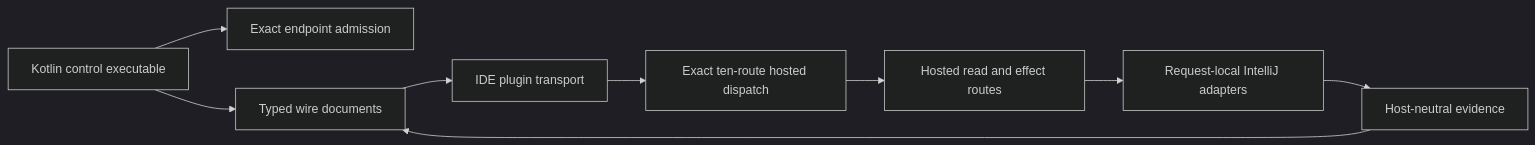
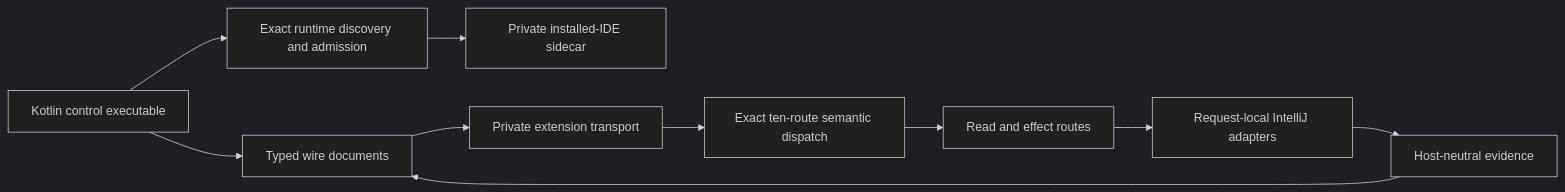
The second of 2 diagrams in docs/public/explanation/how-kast-works.mdx (amichne/kast), drawn with Mermaid (dark theme) before and after one commit. The commit also changed other lines of this file and 103 other files, not shown here.

First line of the commit message:
feat: add plugin-free IntelliJ sidecar

````diff
--- a/docs/public/explanation/how-kast-works.mdx
+++ b/docs/public/explanation/how-kast-works.mdx
@@ -129,11 +155,12 @@
     ```mermaid placement="top-right" actions={true}
     flowchart LR
-        CLI[Kotlin control executable] --> ADMIT[Exact endpoint admission]
+        CLI[Kotlin control executable] --> ADMIT[Exact runtime discovery and admission]
         CLI --> WIRE[Typed wire documents]
-        WIRE --> TRANSPORT[IDE plugin transport]
-        TRANSPORT --> DISPATCH[Exact ten-route hosted dispatch]
-        DISPATCH --> ROUTES[Hosted read and effect routes]
+        ADMIT --> SIDECAR[Private installed-IDE sidecar]
+        WIRE --> TRANSPORT[Private extension transport]
+        TRANSPORT --> DISPATCH[Exact ten-route semantic dispatch]
+        DISPATCH --> ROUTES[Read and effect routes]
         ROUTES --> K2[Request-local IntelliJ adapters]
         K2 --> EVIDENCE[Host-neutral evidence]
         EVIDENCE --> WIRE
     ```
````
